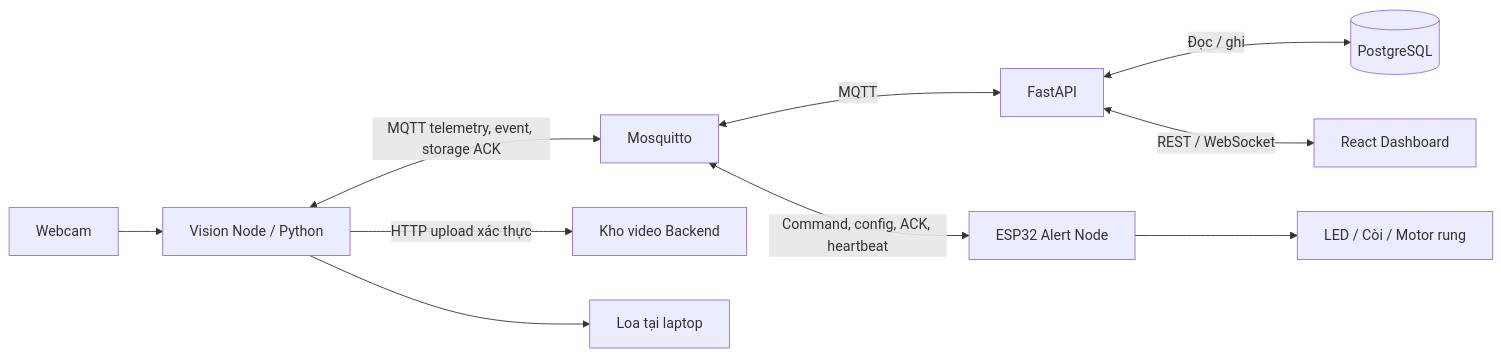
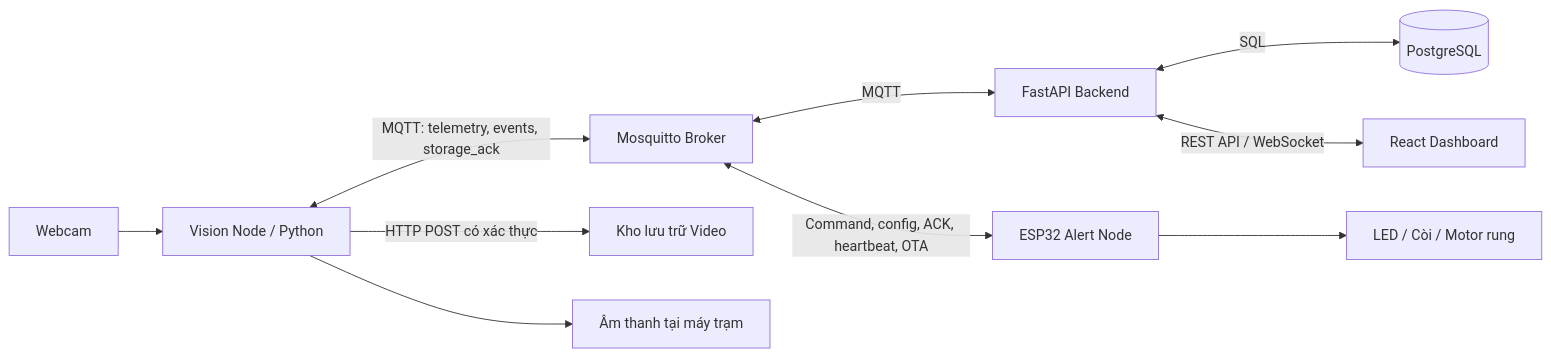
One commit to toanhy189/Driver-Monitoring-AIoT-Platform changed the diagram in README.md. Above: the diagram before and after it, drawn with Mermaid. The commit also changed other lines of this file and 34 other files, not shown here.

````diff
--- a/README.md
+++ b/README.md
@@ -43,12 +29,12 @@
 ```mermaid
 flowchart LR
     CAM[Webcam] --> AI[Vision Node / Python]
-    AI <-->|MQTT telemetry, event, storage ACK| MQTT[Mosquitto]
-    MQTT <-->|MQTT| BE[FastAPI]
-    BE <-->|Đọc / ghi| DB[(PostgreSQL)]
-    BE <-->|REST / WebSocket| WEB[React Dashboard]
-    MQTT <-->|Command, config, ACK, heartbeat| ESP[ESP32 Alert Node]
+    AI <-->|MQTT: telemetry, events, storage_ack| MQTT[Mosquitto Broker]
+    MQTT <-->|MQTT| BE[FastAPI Backend]
+    BE <-->|SQL| DB[(PostgreSQL)]
+    BE <-->|REST API / WebSocket| WEB[React Dashboard]
+    MQTT <-->|Command, config, ACK, heartbeat, OTA| ESP[ESP32 Alert Node]
     ESP --> LOAD[LED / Còi / Motor rung]
-    AI -->|HTTP upload xác thực| VIDEO[Kho video Backend]
-    AI --> LOCAL[Loa tại laptop]
+    AI -->|HTTP POST có xác thực| VIDEO[Kho lưu trữ Video]
+    AI --> LOCAL[Âm thanh tại máy trạm]
 ```
````
